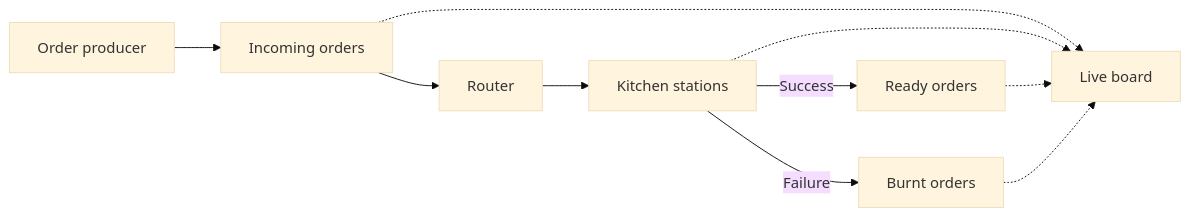
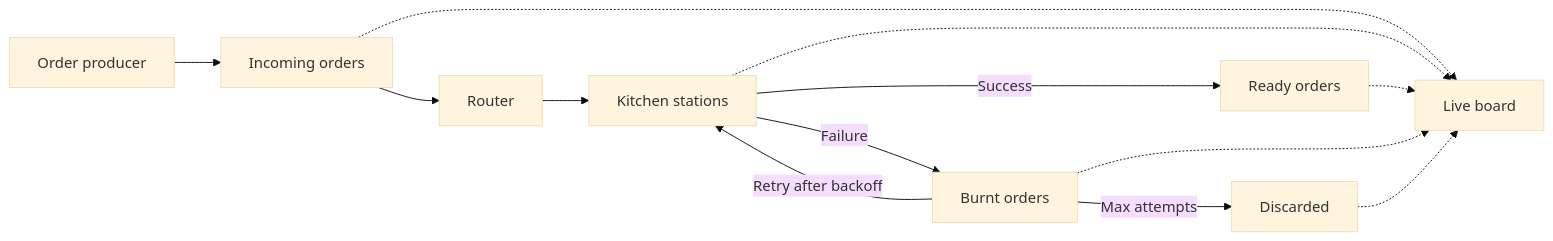
The diagram in README.md (ixu42/chaotic-kitchen), drawn with Mermaid (base theme) before and after one commit. The commit also changed other lines of this file and 4 other files, not shown here.

Commit message:
Retry burnt orders with backoff and discard topic

````diff
--- a/README.md
+++ b/README.md
@@ -18,12 +19,15 @@
 ```mermaid
 flowchart LR
     A[Order producer] --> B[Incoming orders]
     B --> C[Router]
     C --> D[Kitchen stations]
     D -->|Success| E[Ready orders]
     D -->|Failure| F[Burnt orders]
+    F -->|Retry after backoff| D
+    F -->|Max attempts| H[Discarded]
     B -.-> G[Live board]
     D -.-> G
     E -.-> G
     F -.-> G
+    H -.-> G
 ```
````
